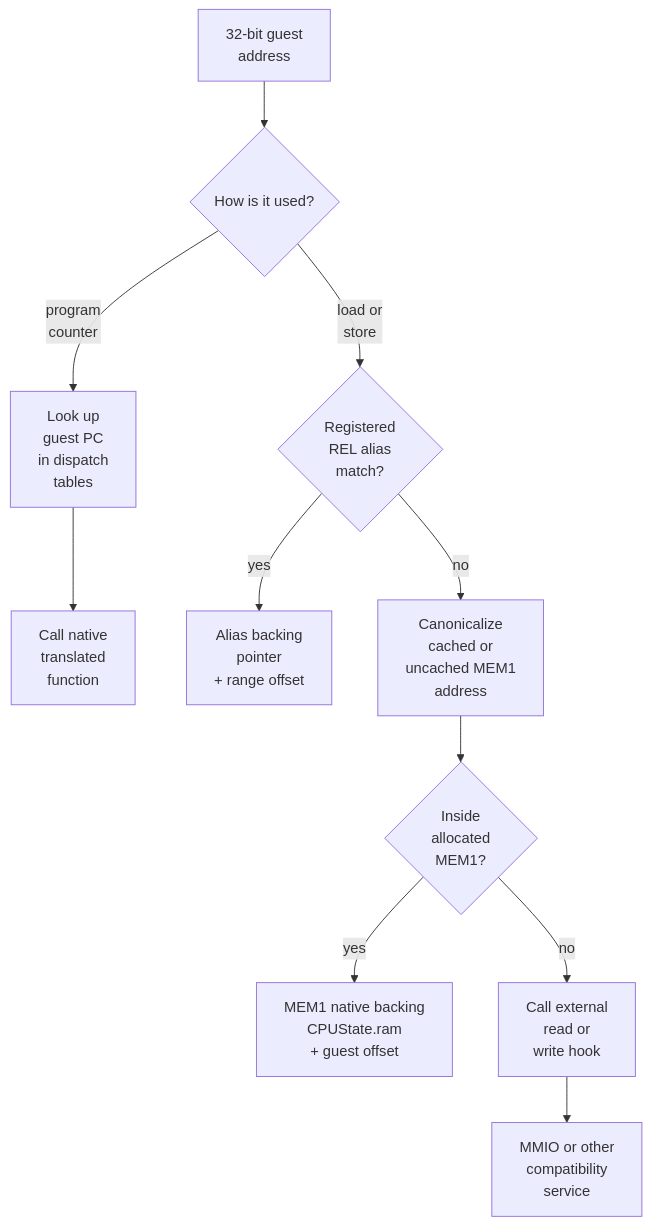
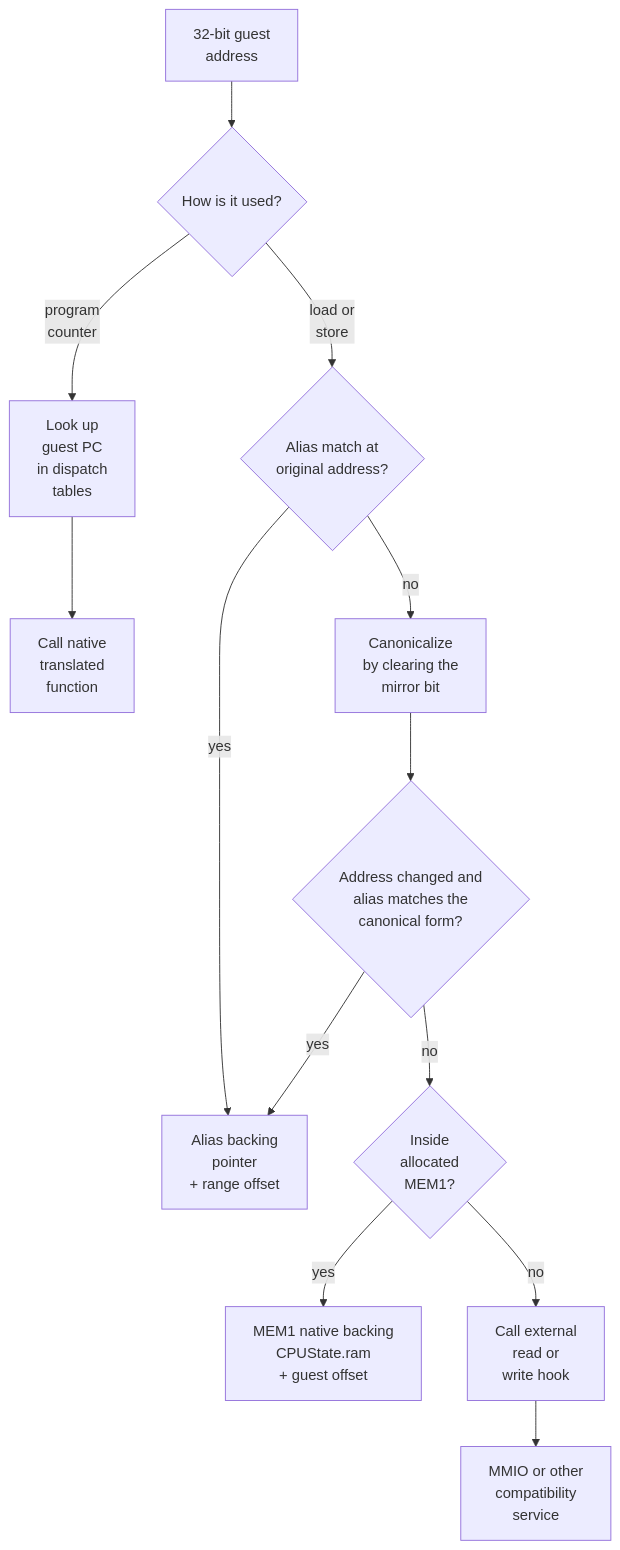
One commit to Aelbannan/boat_of_daphnes changed the sixth of 8 diagrams in docs/architecture/GuestState.md. Above: the diagram before and after it, drawn with Mermaid. The commit also changed other lines of this file, not shown here.

````diff
--- a/docs/architecture/GuestState.md
+++ b/docs/architecture/GuestState.md
@@ -518,45 +558,48 @@
 ```mermaid
 flowchart TD
     Address["`32-bit guest
 address`"]
     Use{"How is it used?"}
     Dispatch["`Look up
 guest PC
 in dispatch
 tables`"]
     Native["`Call native
 translated
 function`"]
-    Alias{"`Registered
-REL alias
-match?`"}
+    OriginalAlias{"`Alias match at
+original address?`"}
     AliasPointer["`Alias backing
 pointer
 + range offset`"]
     Mirror["`Canonicalize
-cached or
-uncached MEM1
-address`"]
+by clearing the
+mirror bit`"]
+    MirroredAlias{"`Address changed and
+alias matches the
+canonical form?`"}
     RAM{"`Inside
 allocated
 MEM1?`"}
     RAMPointer["`MEM1 native backing
 CPUState.ram
 + guest offset`"]
     Callback["`Call external
 read or
 write hook`"]
     Service["`MMIO or other
 compatibility
 service`"]
 
     Address --> Use
     Use -->|"`program
 counter`"| Dispatch --> Native
     Use -->|"`load or
-store`"| Alias
-    Alias -->|"yes"| AliasPointer
-    Alias -->|"no"| Mirror --> RAM
+store`"| OriginalAlias
+    OriginalAlias -->|"yes"| AliasPointer
+    OriginalAlias -->|"no"| Mirror --> MirroredAlias
+    MirroredAlias -->|"yes"| AliasPointer
+    MirroredAlias -->|"no"| RAM
     RAM -->|"yes"| RAMPointer
     RAM -->|"no"| Callback --> Service
 ```
````
